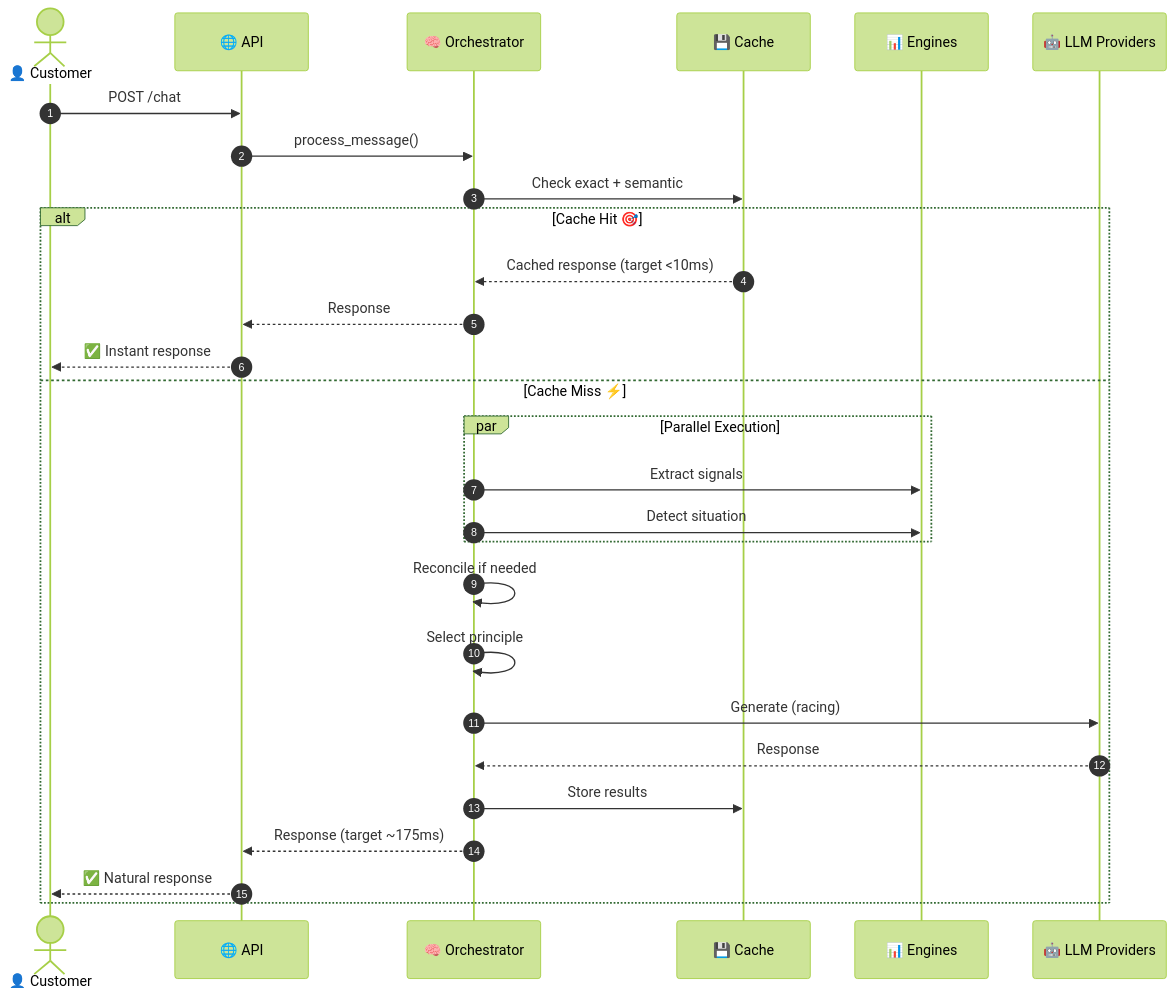
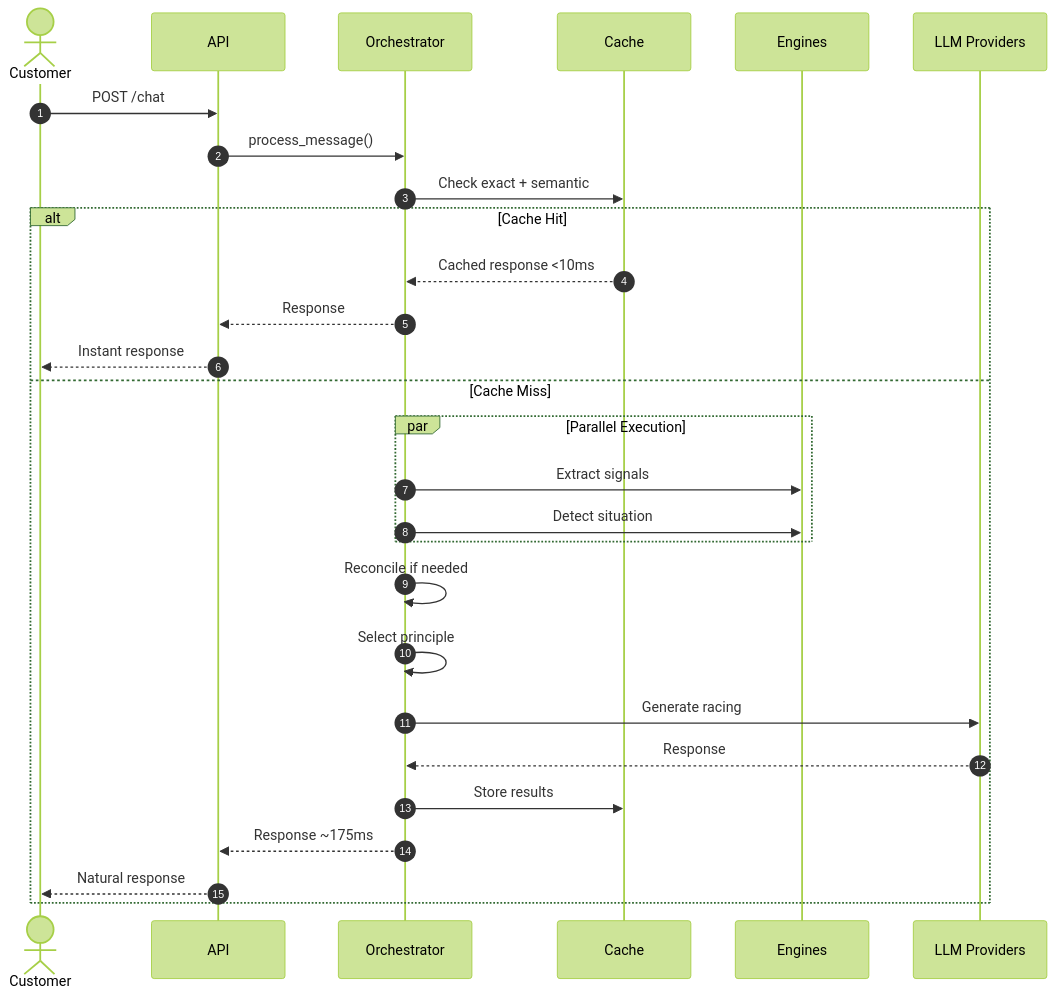
The fifth of 5 diagrams in README.md (kjayashr/deal-closer), drawn with Mermaid (forest theme) before and after one commit. The commit also changed other lines of this file, not shown here.

First line of the commit message:
Fix Mermaid diagrams in README - remove emojis from node labels

````diff
--- a/README.md
+++ b/README.md
@@ -278,32 +278,32 @@
 ```mermaid
 sequenceDiagram
     autonumber
-    actor 👤 Customer
-    participant 🌐 API
-    participant 🧠 Orchestrator
-    participant 💾 Cache
-    participant 📊 Engines
-    participant 🤖 LLM Providers
+    actor Customer
+    participant API
+    participant Orchestrator
+    participant Cache
+    participant Engines
+    participant LLMProviders as LLM Providers
 
-    👤 Customer->>🌐 API: POST /chat
-    🌐 API->>🧠 Orchestrator: process_message()
-    🧠 Orchestrator->>💾 Cache: Check exact + semantic
+    Customer->>API: POST /chat
+    API->>Orchestrator: process_message()
+    Orchestrator->>Cache: Check exact + semantic
     
-    alt Cache Hit 🎯
-        💾 Cache-->>🧠 Orchestrator: Cached response (target <10ms)
-        🧠 Orchestrator-->>🌐 API: Response
-        🌐 API-->>👤 Customer: ✅ Instant response
-    else Cache Miss ⚡
+    alt Cache Hit
+        Cache-->>Orchestrator: Cached response <10ms
+        Orchestrator-->>API: Response
+        API-->>Customer: Instant response
+    else Cache Miss
         par Parallel Execution
-            🧠 Orchestrator->>📊 Engines: Extract signals
-            🧠 Orchestrator->>📊 Engines: Detect situation
+            Orchestrator->>Engines: Extract signals
+            Orchestrator->>Engines: Detect situation
         end
-        🧠 Orchestrator->>🧠 Orchestrator: Reconcile if needed
-        🧠 Orchestrator->>🧠 Orchestrator: Select principle
-        🧠 Orchestrator->>🤖 LLM Providers: Generate (racing)
-        🤖 LLM Providers-->>🧠 Orchestrator: Response
-        🧠 Orchestrator->>💾 Cache: Store results
-        🧠 Orchestrator-->>🌐 API: Response (target ~175ms)
-        🌐 API-->>👤 Customer: ✅ Natural response
+        Orchestrator->>Orchestrator: Reconcile if needed
+        Orchestrator->>Orchestrator: Select principle
+        Orchestrator->>LLMProviders: Generate racing
+        LLMProviders-->>Orchestrator: Response
+        Orchestrator->>Cache: Store results
+        Orchestrator-->>API: Response ~175ms
+        API-->>Customer: Natural response
     end
 ```
````
